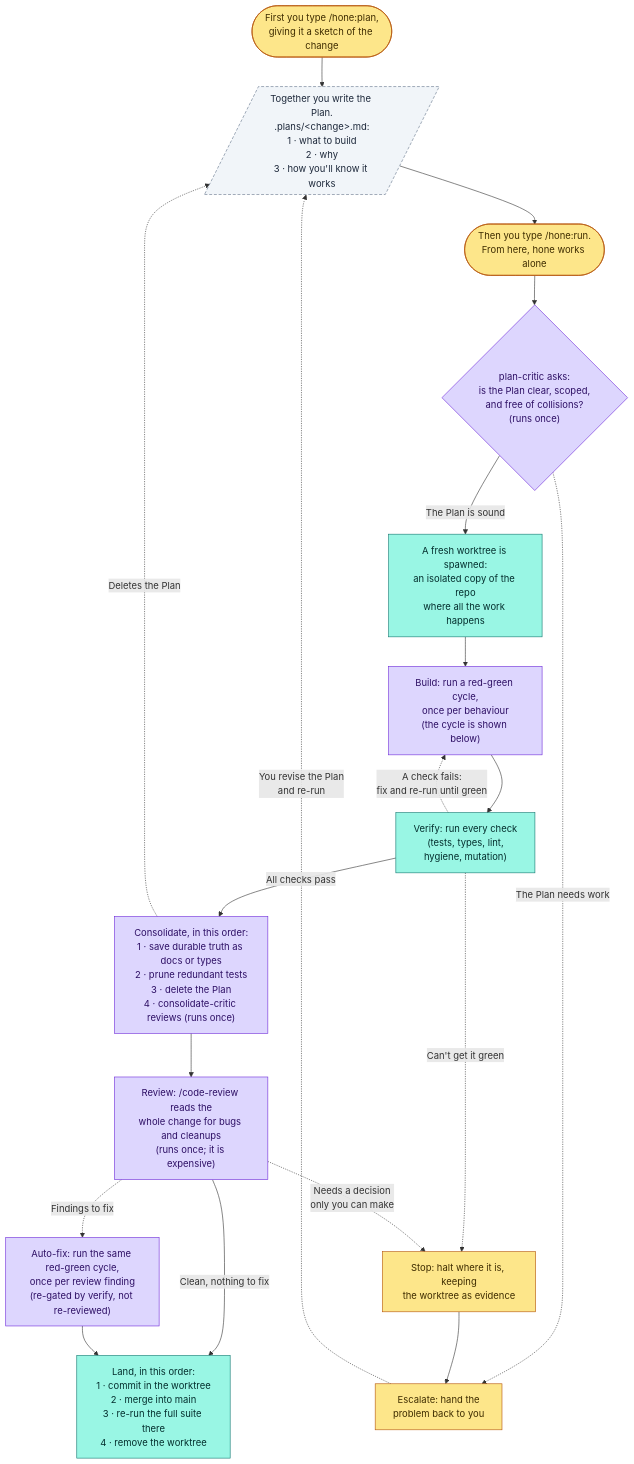
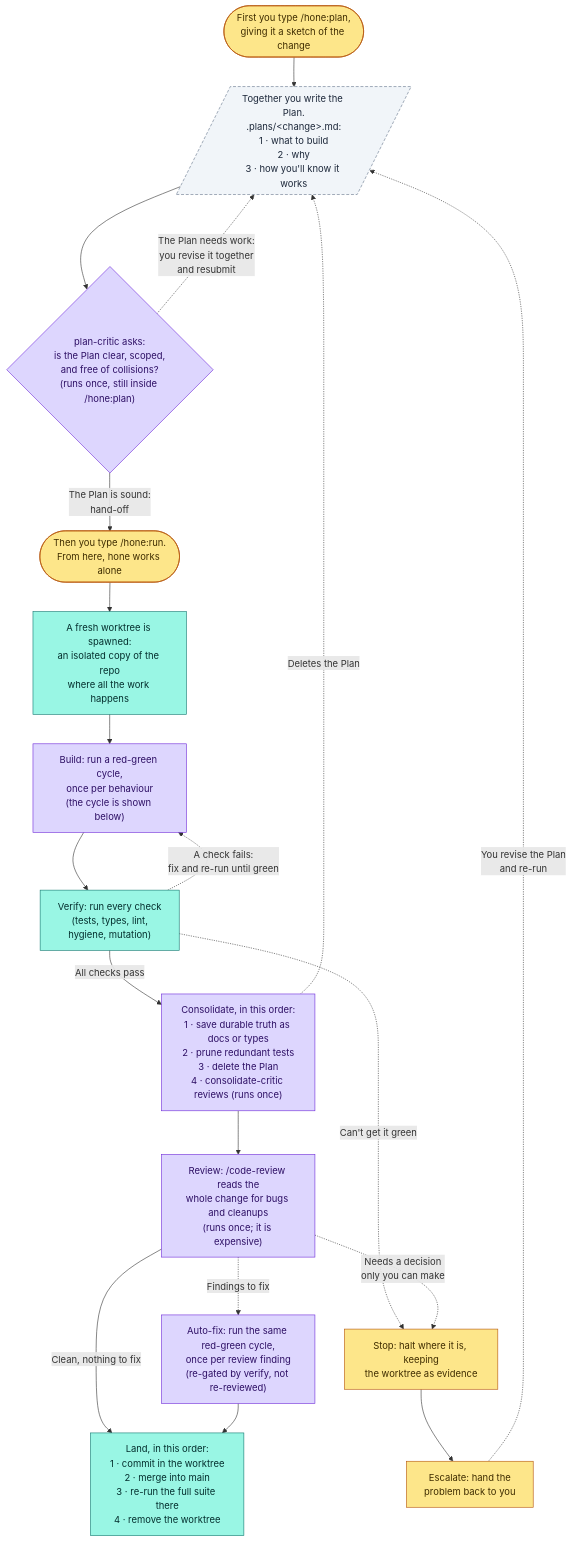
Before and after one commit to dominik-rehse/hone: the third of 5 diagrams in docs/model.md, drawn with Mermaid. The commit also changed other lines of this file and 5 other files, not shown here.

First line of the commit message:
feat: admit plans at /plan and check independence before fan-out

````diff
--- a/docs/model.md
+++ b/docs/model.md
@@ -122,44 +122,44 @@
 ```mermaid
 flowchart TD
     cmdPlan(["First you type /hone:plan,<br/>giving it a sketch of the change"])
     planFile[/"Together you write the Plan.<br/>.plans/&lt;change&gt;.md:<br/>1 · what to build<br/>2 · why<br/>3 · how you'll know it works"/]
     cmdRun(["Then you type /hone:run.<br/>From here, hone works alone"])
-    admit{"plan-critic asks:<br/>is the Plan clear, scoped,<br/>and free of collisions?<br/>(runs once)"}
+    admit{"plan-critic asks:<br/>is the Plan clear, scoped,<br/>and free of collisions?<br/>(runs once, still inside /hone:plan)"}
     wt["A fresh worktree is spawned:<br/>an isolated copy of the repo<br/>where all the work happens"]
     build["Build: run a red-green cycle,<br/>once per behaviour<br/>(the cycle is shown below)"]
     verify["Verify: run every check<br/>(tests, types, lint,<br/>hygiene, mutation)"]
     cons["Consolidate, in this order:<br/>1 · save durable truth as docs or types<br/>2 · prune redundant tests<br/>3 · delete the Plan<br/>4 · consolidate-critic reviews (runs once)"]
     rev["Review: /code-review reads the<br/>whole change for bugs and cleanups<br/>(runs once; it is expensive)"]
     fix["Auto-fix: run the same red-green cycle,<br/>once per review finding<br/>(re-gated by verify, not re-reviewed)"]
     land["Land, in this order:<br/>1 · commit in the worktree<br/>2 · merge into main<br/>3 · re-run the full suite there<br/>4 · remove the worktree"]
     esc["Escalate: hand the<br/>problem back to you"]
     stop["Stop: halt where it is, keeping<br/>the worktree as evidence"]
 
     cmdPlan --> planFile
-    planFile --> cmdRun
-    cmdRun --> admit
-    admit -->|"The Plan is sound"| wt
-    admit -.->|"The Plan needs work"| esc
+    planFile --> admit
+    admit -->|"The Plan is sound:<br/>hand-off"| cmdRun
+    admit -.->|"The Plan needs work:<br/>you revise it together<br/>and resubmit"| planFile
+    cmdRun --> wt
     wt --> build
     build --> verify
     verify -->|"All checks pass"| cons
     verify -.->|"A check fails:<br/>fix and re-run until green"| build
     verify -.->|"Can't get it green"| stop
     cons --> rev
     cons -.->|"Deletes the Plan"| planFile
     rev -->|"Clean, nothing to fix"| land
     rev -.->|"Findings to fix"| fix
     fix --> land
     rev -.->|"Needs a decision<br/>only you can make"| stop
     stop --> esc
     esc -.->|"You revise the Plan<br/>and re-run"| planFile
 
     classDef human fill:#fde68a,stroke:#b45309,color:#3f2d00;
     classDef deterministic fill:#99f6e4,stroke:#0f766e,color:#042f2e;
     classDef stochastic fill:#ddd6fe,stroke:#6d28d9,color:#2e1065;
     classDef artifact fill:#f1f5f9,stroke:#64748b,color:#1e293b,stroke-dasharray:5 3;
     class cmdPlan,cmdRun,esc,stop human;
     class wt,verify,land deterministic;
     class admit,build,cons,rev,fix stochastic;
     class planFile artifact;
 ```
````
